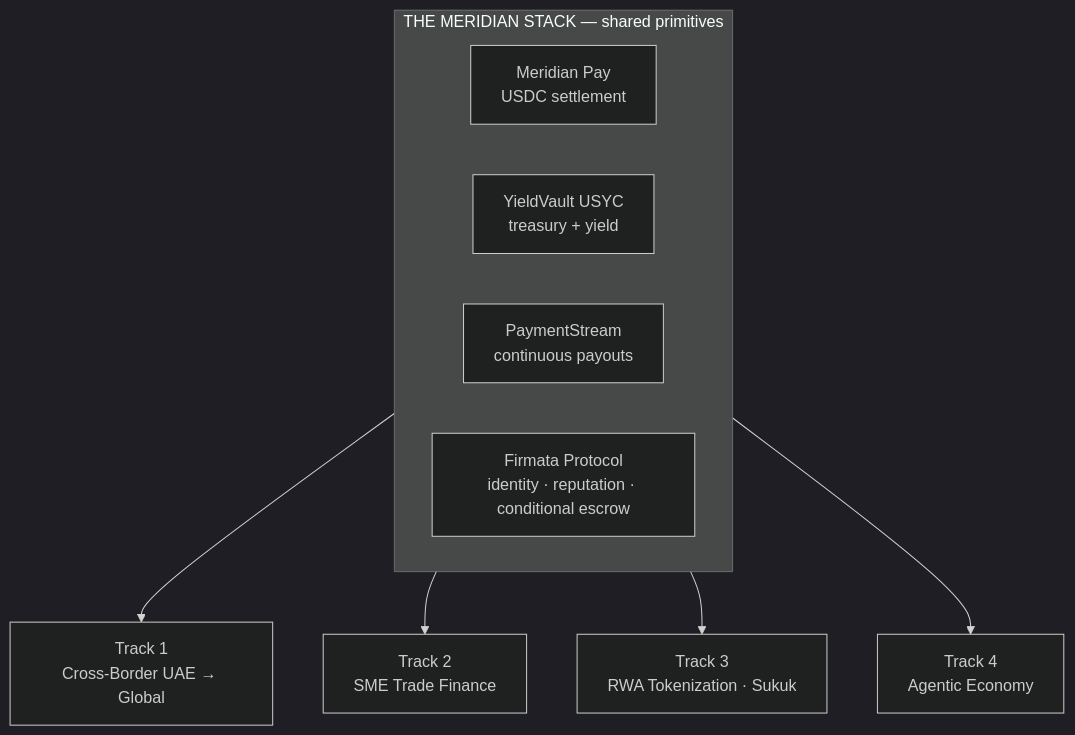
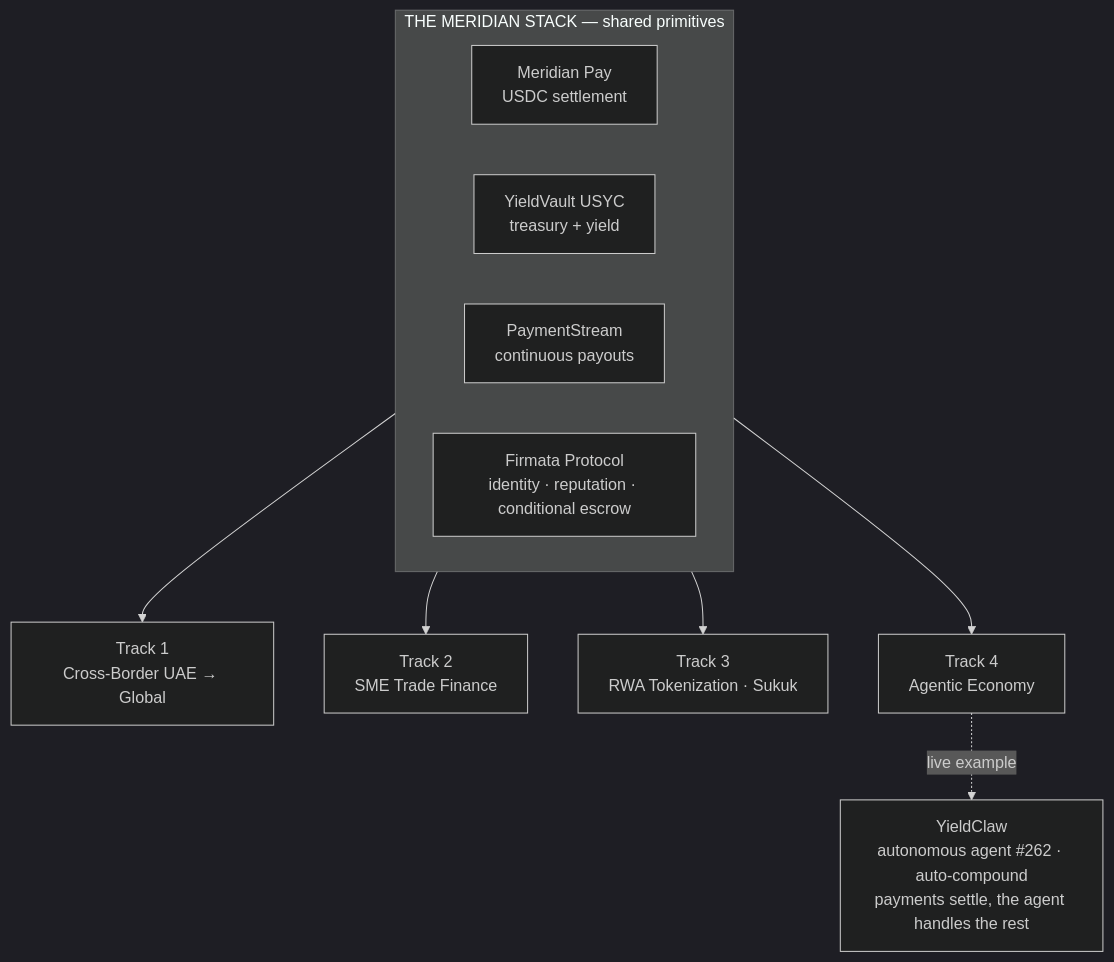
One commit to MeridianFinance/meridian-ignyte changed the diagram in README.md. Above: the diagram before and after it, drawn with Mermaid (dark theme). The commit also changed other lines of this file, not shown here.

Commit message:
Add YieldClaw to Track 4 and broader ecosystem section

````diff
--- a/README.md
+++ b/README.md
@@ -26,17 +26,18 @@
 ```mermaid
 flowchart TB
     subgraph CORE["THE MERIDIAN STACK — shared primitives"]
         PAY["Meridian Pay<br/>USDC settlement"]
         VAULT["YieldVault USYC<br/>treasury + yield"]
         STREAM["PaymentStream<br/>continuous payouts"]
         FIRMATA["Firmata Protocol<br/>identity · reputation · conditional escrow"]
     end
     T1["Track 1<br/>Cross-Border UAE → Global"]
     T2["Track 2<br/>SME Trade Finance"]
     T3["Track 3<br/>RWA Tokenization · Sukuk"]
     T4["Track 4<br/>Agentic Economy"]
     CORE --> T1
     CORE --> T2
     CORE --> T3
     CORE --> T4
+    T4 -. "live example" .-> CLAW["YieldClaw<br/>autonomous agent #262 · auto-compound<br/>payments settle, the agent handles the rest"]
 ```
````
